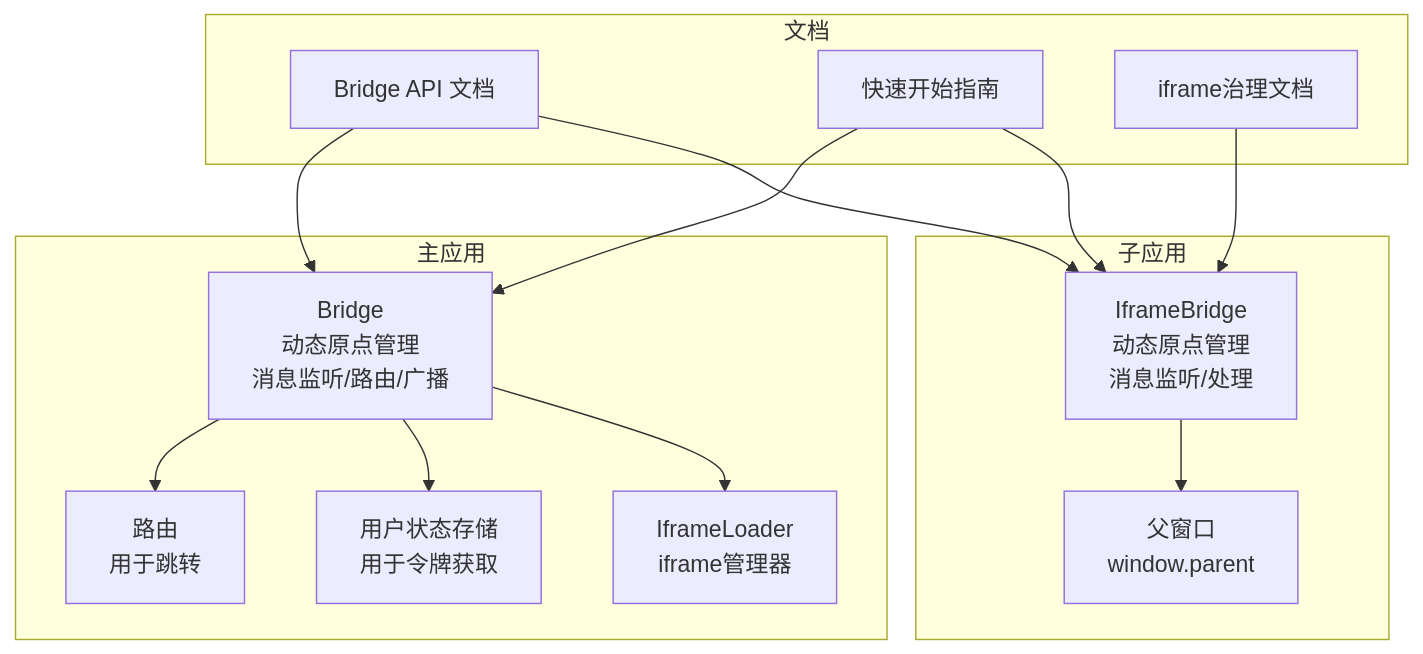
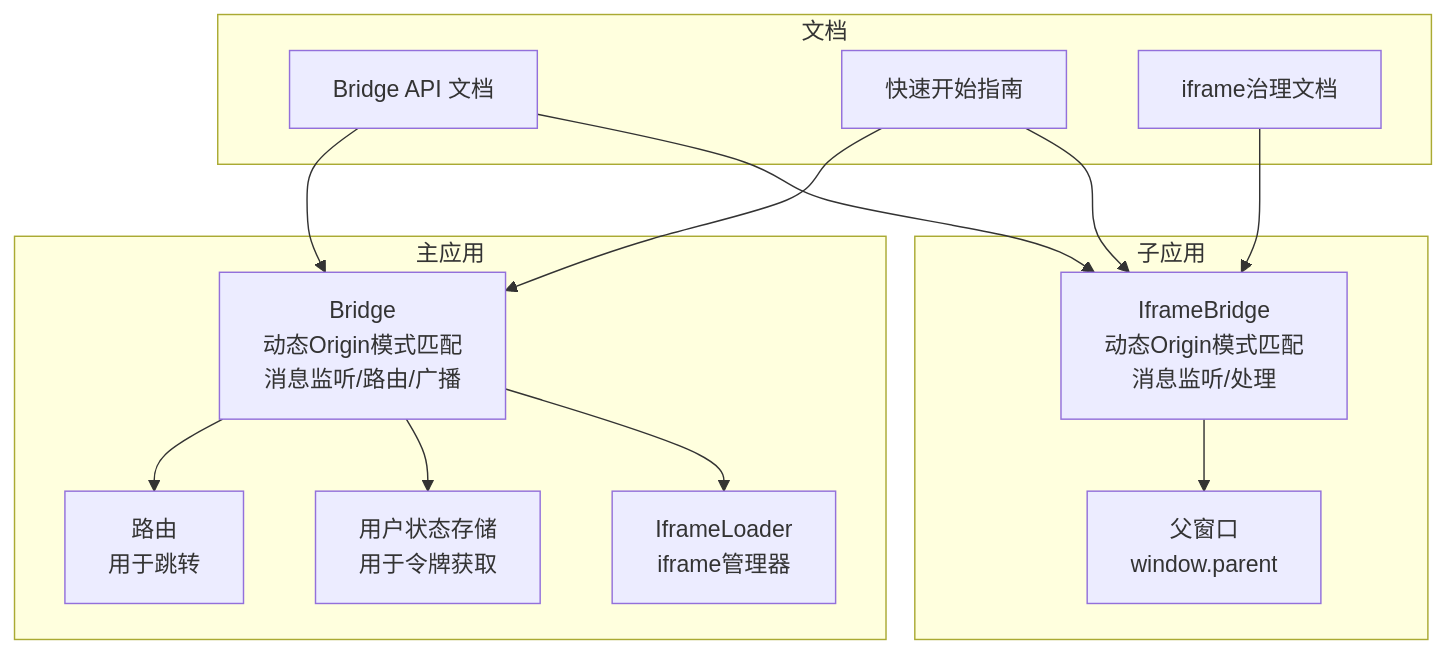
Before and after one commit to my-Sitara/artisan-base-frontend: the first of 5 diagrams in .qoder/repowiki/zh/content/核心组件/跨应用通信系统.md, drawn with Mermaid. The commit also changed other lines of this file and 25 other files, not shown here.

````diff
--- a/.qoder/repowiki/zh/content/核心组件/跨应用通信系统.md
+++ b/.qoder/repowiki/zh/content/核心组件/跨应用通信系统.md
@@ -40,27 +40,27 @@
 ```mermaid
 graph TB
 subgraph "主应用"
-M_Bridge["Bridge<br/>动态原点管理<br/>消息监听/路由/广播"]
+M_Bridge["Bridge<br/>动态Origin模式匹配<br/>消息监听/路由/广播"]
 Router["路由<br/>用于跳转"]
 Store["用户状态存储<br/>用于令牌获取"]
 IframeLoader["IframeLoader<br/>iframe管理器"]
 end
 subgraph "子应用"
-I_Bridge["IframeBridge<br/>动态原点管理<br/>消息监听/处理"]
+I_Bridge["IframeBridge<br/>动态Origin模式匹配<br/>消息监听/处理"]
 Parent["父窗口<br/>window.parent"]
 end
 subgraph "文档"
 Docs_API["Bridge API 文档"]
 Docs_Guide["快速开始指南"]
 Docs_IFrame["iframe治理文档"]
 end
 M_Bridge --> Router
 M_Bridge --> Store
 M_Bridge --> IframeLoader
 I_Bridge --> Parent
 Docs_API --> M_Bridge
 Docs_API --> I_Bridge
 Docs_Guide --> M_Bridge
 Docs_Guide --> I_Bridge
 Docs_IFrame --> I_Bridge
 ```
````
